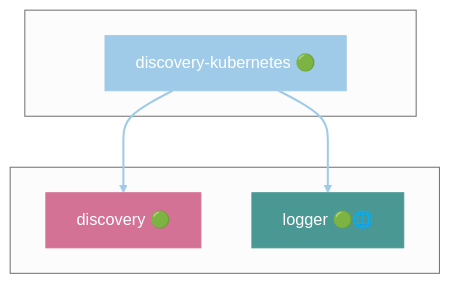
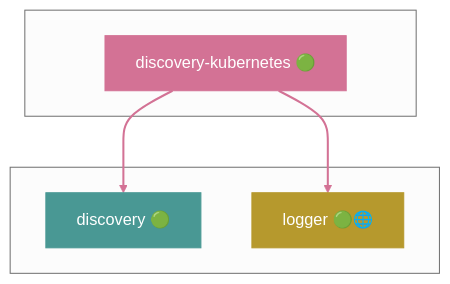
One commit to grest-ts/grest-ts changed diagram 16 of 50 in docs/DEPENDENCIES.md. Above: the diagram before and after it, drawn with Mermaid (neutral theme). The commit also changed other lines of this file and 57 other files, not shown here.

````diff
--- a/docs/DEPENDENCIES.md
+++ b/docs/DEPENDENCIES.md
@@ -1073,17 +1043,17 @@
 ```mermaid
 flowchart TB
     subgraph Package[" "]
         discovery-kubernetes["discovery-kubernetes 🟢"]
     end
     subgraph Dependencies[" "]
         discovery["discovery 🟢"]
         logger["logger 🟢🌐"]
     end
     discovery-kubernetes --> discovery
     discovery-kubernetes --> logger
-    style discovery-kubernetes fill:#A0CBE8,stroke:#A0CBE8,color:#fff
-    style discovery fill:#D37295,stroke:#D37295,color:#fff
-    style logger fill:#499894,stroke:#499894,color:#fff
-    linkStyle 0 stroke:#A0CBE8,stroke-width:2px
-    linkStyle 1 stroke:#A0CBE8,stroke-width:2px
+    style discovery-kubernetes fill:#D37295,stroke:#D37295,color:#fff
+    style discovery fill:#499894,stroke:#499894,color:#fff
+    style logger fill:#B6992D,stroke:#B6992D,color:#fff
+    linkStyle 0 stroke:#D37295,stroke-width:2px
+    linkStyle 1 stroke:#D37295,stroke-width:2px
 ```
````
